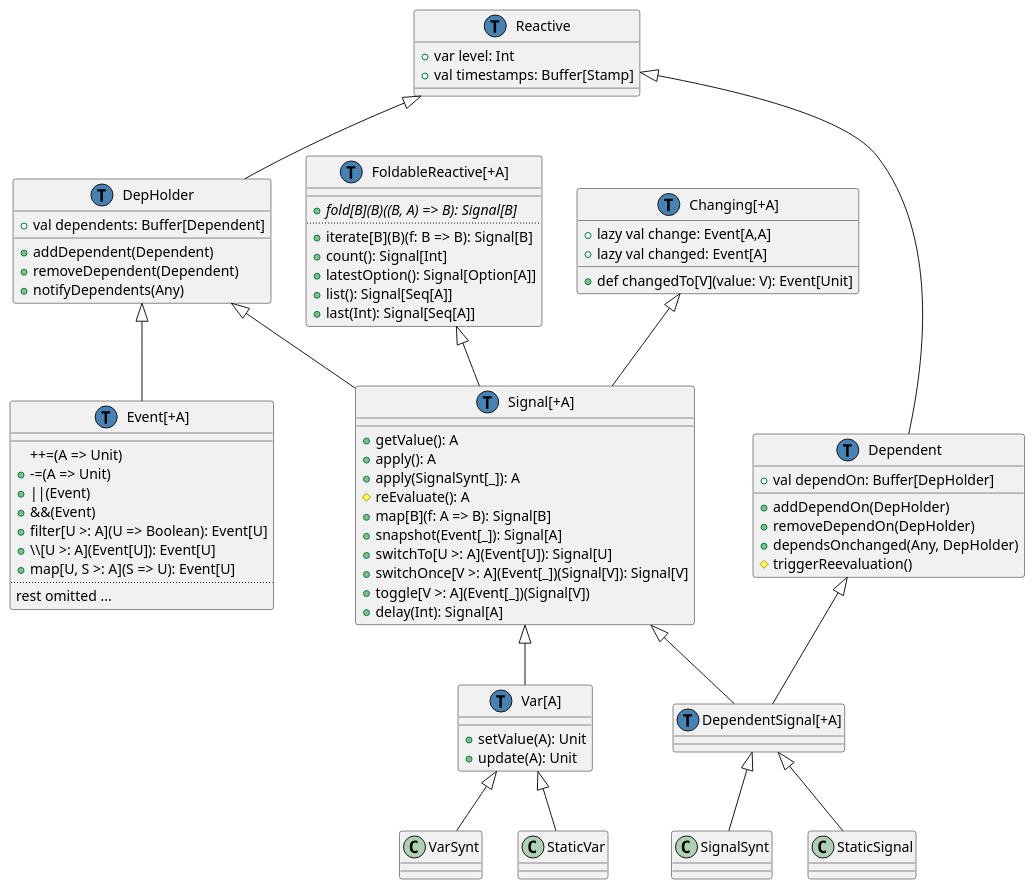
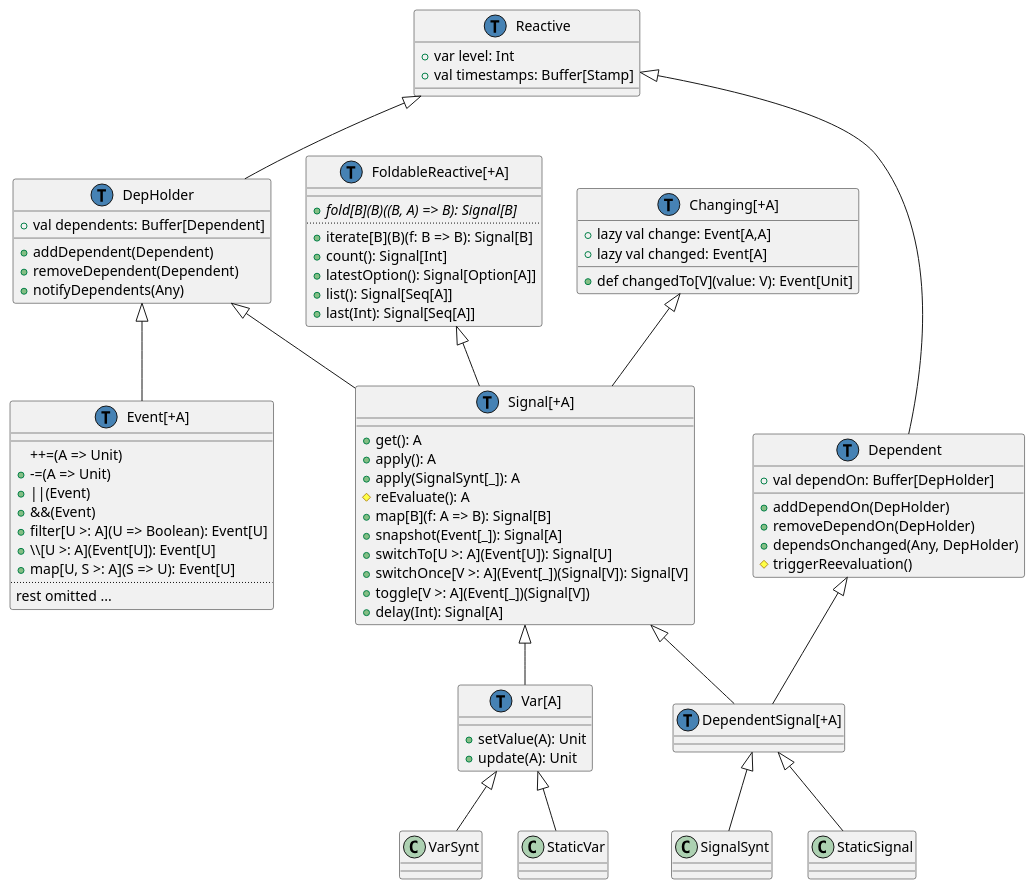
The diagram in doc/class-hierarchy/post-refactoring-may-14.plantuml (rescala-lang/REScala), drawn with PlantUML before and after one commit. The commit also changed 17 other files, not shown here.

Commit message:
Rename `getValue` to `get`

```diff
--- a/doc/class-hierarchy/post-refactoring-may-14.plantuml
+++ b/doc/class-hierarchy/post-refactoring-may-14.plantuml
@@ -1,99 +1,99 @@
 @startuml
 class Reactive {
   +var level: Int
   +val timestamps: Buffer[Stamp]
 }
 
 class DepHolder {
   +val dependents: Buffer[Dependent]
   __
   +addDependent(Dependent)
   +removeDependent(Dependent)
   +notifyDependents(Any)
 }
 Reactive <|-- DepHolder
 
 class Dependent {
   +val dependOn: Buffer[DepHolder]
   __
   +addDependOn(DepHolder)
   +removeDependOn(DepHolder)
   +dependsOnchanged(Any, DepHolder)
   #triggerReevaluation()
 }
 Reactive <|-- Dependent
 
 class "Signal[+A]" as Signal {
-  +getValue(): A
+  +get(): A
   +apply(): A
   +apply(SignalSynt[_]): A
   #reEvaluate(): A
   +map[B](f: A => B): Signal[B]
   +snapshot(Event[_]): Signal[A]
   +switchTo[U >: A](Event[U]): Signal[U]
   +switchOnce[V >: A](Event[_])(Signal[V]): Signal[V]
   +toggle[V >: A](Event[_])(Signal[V])
   +delay(Int): Signal[A]
 }
 DepHolder <|-- Signal
 FoldableReactive <|-- Signal
 
 class "Var[A]" as Var {
   __
   +setValue(A): Unit
   +update(A): Unit
 }
 Signal <|-- Var
 
 class "DependentSignal[+A]" as DependentSignal
 Dependent <|-- DependentSignal
 Signal <|-- DependentSignal
 
 class "Event[+A]" as Event {
   __
   ++=(A => Unit)
   +-=(A => Unit)
   +||(Event)
   +&&(Event)
   +filter[U >: A](U => Boolean): Event[U]
   +\\\[U >: A](Event[U]): Event[U]
   +map[U, S >: A](S => U): Event[U]
   ..
   rest omitted ...
 }
 DepHolder <|-- Event
 
 class "FoldableReactive[+A]" as FoldableReactive {
   __
   + {abstract} fold[B](B)((B, A) => B): Signal[B]
   ..
   +iterate[B](B)(f: B => B): Signal[B]
   +count(): Signal[Int]
   +latestOption(): Signal[Option[A]]
   +list(): Signal[Seq[A]]
   +last(Int): Signal[Seq[A]]
 }
 
 class "Changing[+A]" as Changing {
   +lazy val change: Event[A,A]
   +lazy val changed: Event[A]
   __
   +def changedTo[V](value: V): Event[Unit]
 }
 Changing <|-- Signal
 
 DependentSignal <|-- SignalSynt
 DependentSignal <|-- StaticSignal
 Var <|-- VarSynt
 Var <|-- StaticVar
 
 class Signal << (T,#4682b4) >>
 class Var << (T,#4682b4) >>
 class DepHolder << (T,#4682b4) >>
 class Dependent << (T,#4682b4) >>
 class Reactive << (T,#4682b4) >>
 class Event << (T,#4682b4) >>
 class DependentSignal << (T,#4682b4) >>
 class Changing << (T,#4682b4) >>
 class FoldableReactive << (T,#4682b4) >>
 @enduml
```
